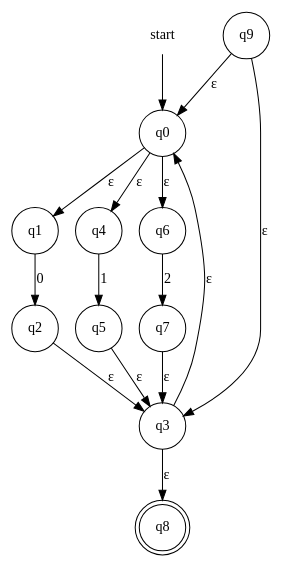
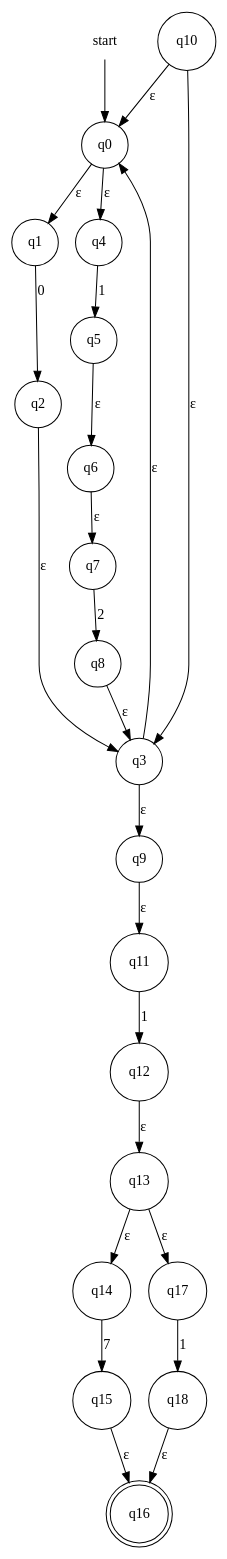
Before and after one commit to evertheylen/TA_TO: the diagram in fase1/RE-eNFA/regex_8.dot, drawn with Graphviz. The commit also changed 19 other files, not shown here.

```diff
--- a/fase1/RE-eNFA/regex_8.dot
+++ b/fase1/RE-eNFA/regex_8.dot
@@ -1,19 +1,28 @@
 digraph automaton {
     node [shape=none]; start;
-    node [shape=doublecircle]; "q8";
+    node [shape=doublecircle]; "q16";
     node [shape=circle];
     start -> "q0";
     "q0" -> "q1" [label="&epsilon;"];
     "q0" -> "q4" [label="&epsilon;"];
-    "q0" -> "q6" [label="&epsilon;"];
     "q1" -> "q2" [label="0"];
     "q2" -> "q3" [label="&epsilon;"];
     "q3" -> "q0" [label="&epsilon;"];
-    "q3" -> "q8" [label="&epsilon;"];
+    "q3" -> "q9" [label="&epsilon;"];
     "q4" -> "q5" [label="1"];
-    "q5" -> "q3" [label="&epsilon;"];
-    "q6" -> "q7" [label="2"];
-    "q7" -> "q3" [label="&epsilon;"];
-    "q9" -> "q0" [label="&epsilon;"];
-    "q9" -> "q3" [label="&epsilon;"];
+    "q5" -> "q6" [label="&epsilon;"];
+    "q6" -> "q7" [label="&epsilon;"];
+    "q7" -> "q8" [label="2"];
+    "q8" -> "q3" [label="&epsilon;"];
+    "q9" -> "q11" [label="&epsilon;"];
+    "q10" -> "q0" [label="&epsilon;"];
+    "q10" -> "q3" [label="&epsilon;"];
+    "q11" -> "q12" [label="1"];
+    "q12" -> "q13" [label="&epsilon;"];
+    "q13" -> "q14" [label="&epsilon;"];
+    "q13" -> "q17" [label="&epsilon;"];
+    "q14" -> "q15" [label="7"];
+    "q15" -> "q16" [label="&epsilon;"];
+    "q17" -> "q18" [label="1"];
+    "q18" -> "q16" [label="&epsilon;"];
 }
```
